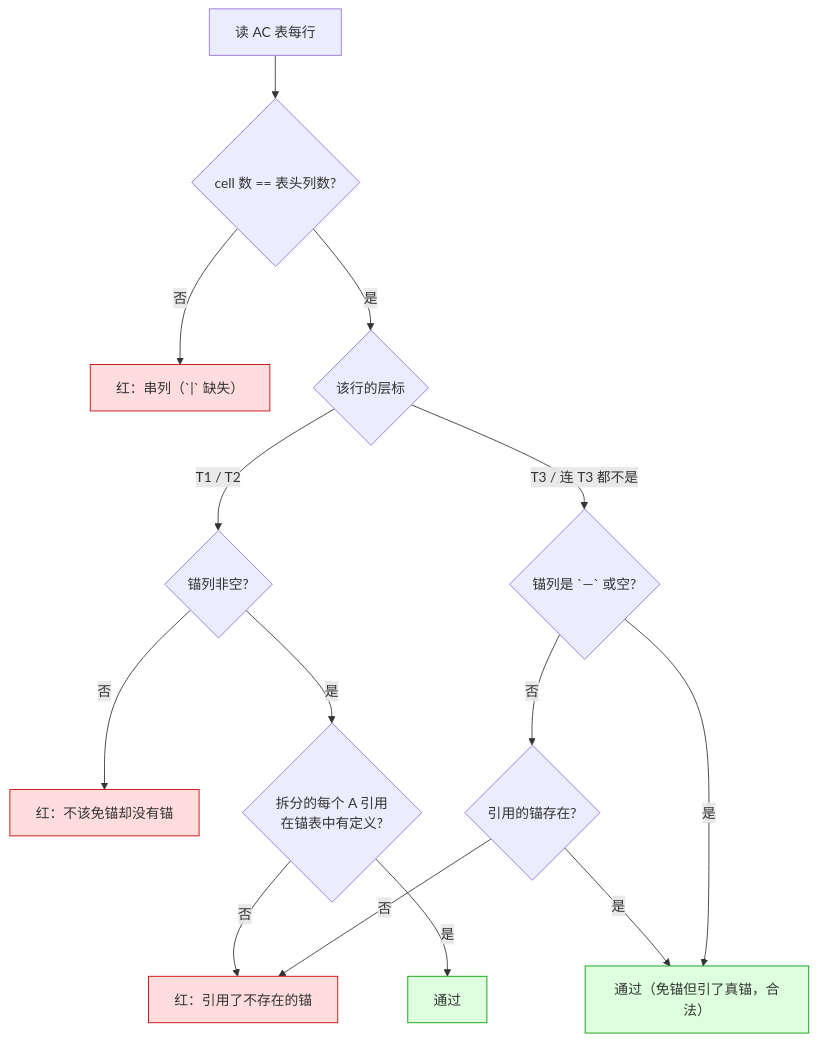
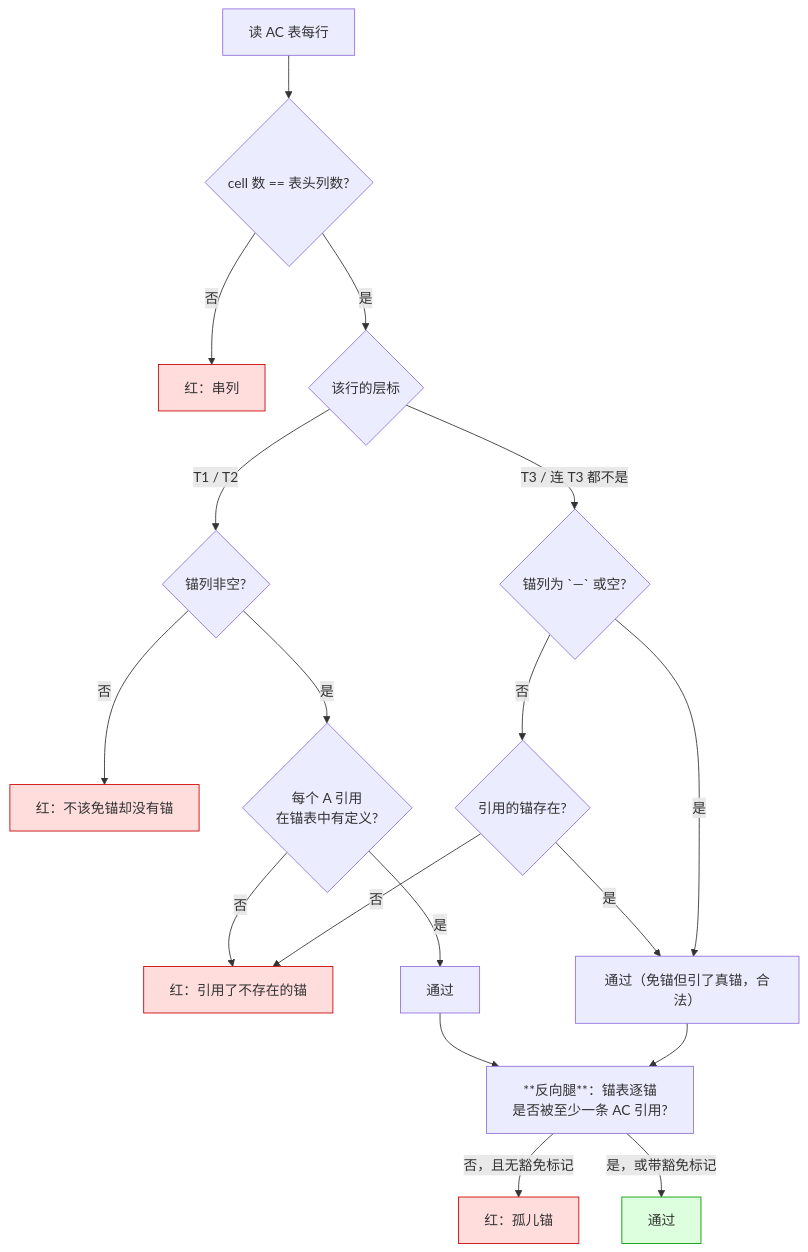
The third of 4 diagrams in docs/2026-09-16-doc-shape-design.md (shenhuanageshei/dsh-thincoder-suite), drawn with Mermaid before and after one commit. The commit also changed other lines of this file and 1 other file, not shown here.

````diff
--- a/docs/2026-09-16-doc-shape-design.md
+++ b/docs/2026-09-16-doc-shape-design.md
@@ -165,21 +192,25 @@
 ```mermaid
 flowchart TD
   A["读 AC 表每行"] --> B{"cell 数 == 表头列数?"}
-  B -- "否" --> R1["红：串列（`|` 缺失）"]
+  B -- "否" --> R1["红：串列"]
   B -- "是" --> C{"该行的层标"}
   C -- "T1 / T2" --> D{"锚列非空?"}
   D -- "否" --> R2["红：不该免锚却没有锚"]
-  D -- "是" --> E{"拆分的每个 A 引用<br/>在锚表中有定义?"}
+  D -- "是" --> E{"每个 A 引用<br/>在锚表中有定义?"}
   E -- "否" --> R3["红：引用了不存在的锚"]
   E -- "是" --> OK["通过"]
-  C -- "T3 / 连 T3 都不是" --> F{"锚列是 `—` 或空?"}
+  C -- "T3 / 连 T3 都不是" --> F{"锚列为 `—` 或空?"}
   F -- "否" --> G{"引用的锚存在?"}
   G -- "否" --> R3
   G -- "是" --> OK2["通过（免锚但引了真锚，合法）"]
   F -- "是" --> OK2
+  OK --> H["**反向腿**：锚表逐锚<br/>是否被至少一条 AC 引用?"]
+  OK2 --> H
+  H -- "否，且无豁免标记" --> R4["红：孤儿锚"]
+  H -- "是，或带豁免标记" --> OK3["通过"]
   style R1 fill:#fdd,stroke:#c00
   style R2 fill:#fdd,stroke:#c00
   style R3 fill:#fdd,stroke:#c00
-  style OK fill:#dfd,stroke:#090
-  style OK2 fill:#dfd,stroke:#090
+  style R4 fill:#fdd,stroke:#c00
+  style OK3 fill:#dfd,stroke:#090
 ```
````
